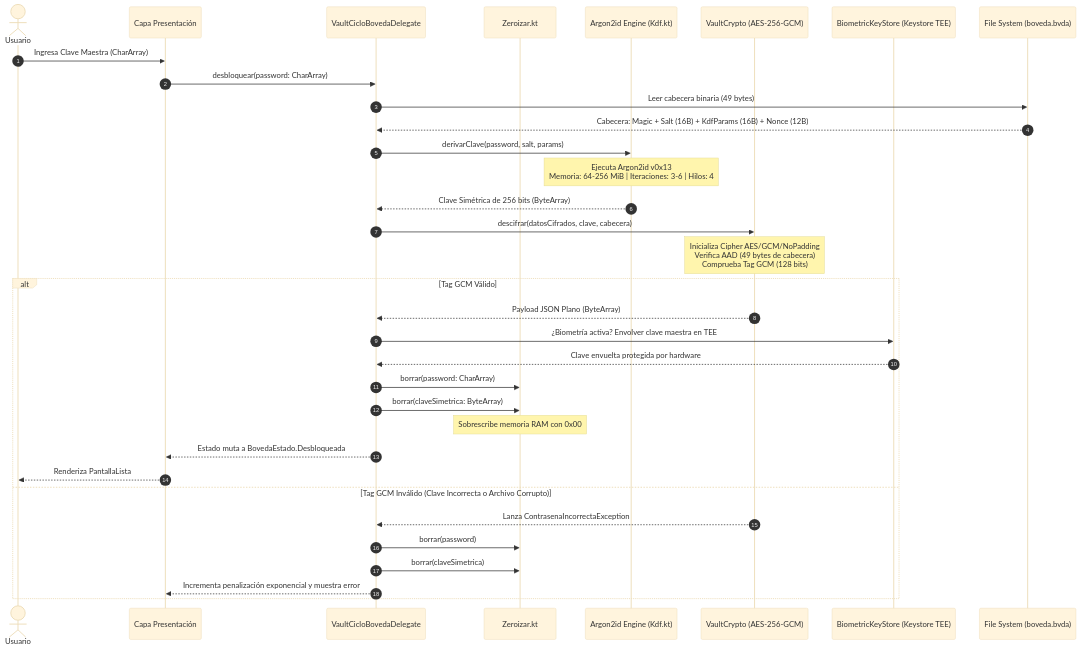
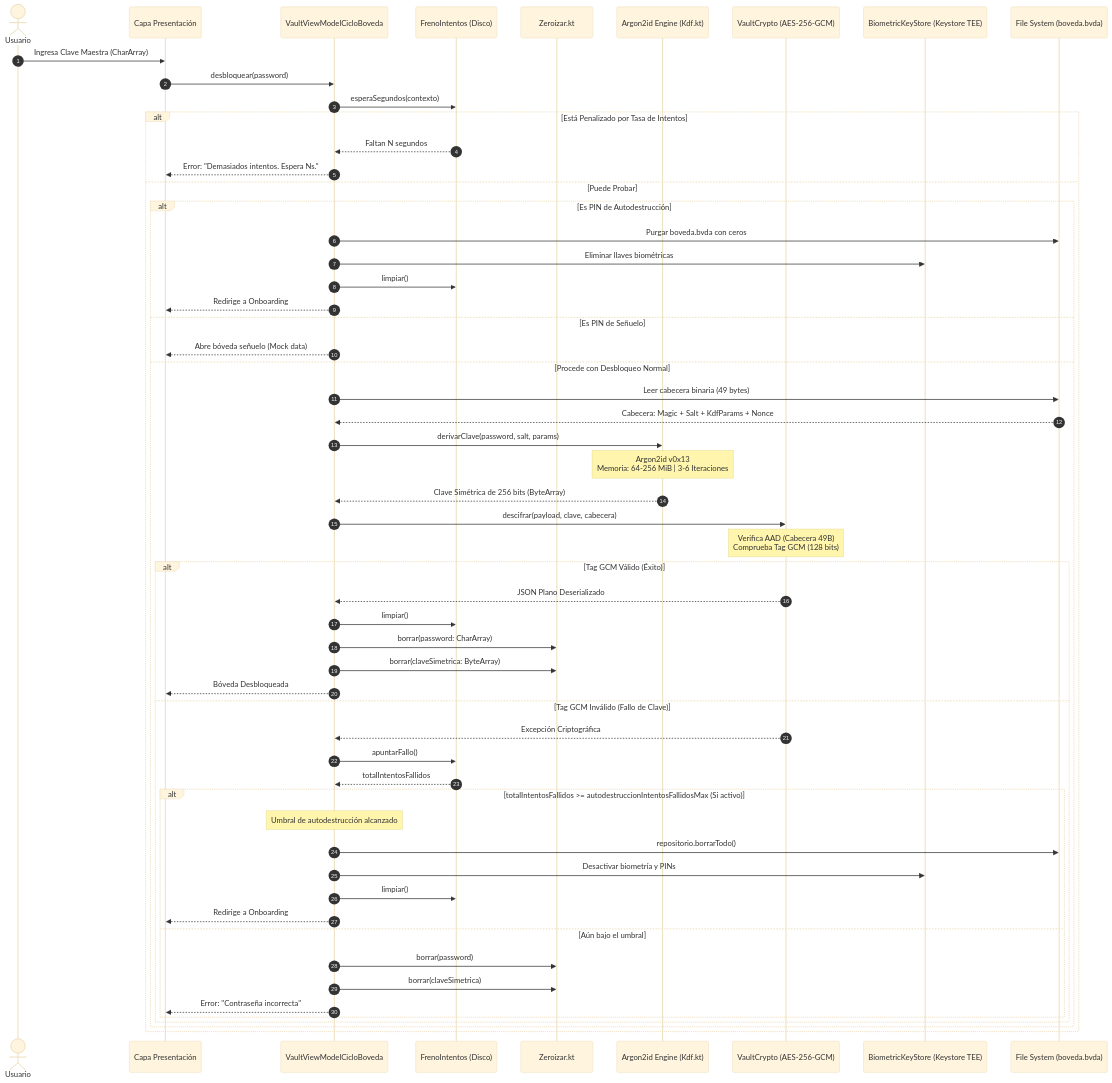
One commit to jlnavas3/boveda changed the fourth of 6 diagrams in ARQUITECTURA.md. Above: the diagram before and after it, drawn with Mermaid (base theme). The commit also changed other lines of this file and 50 other files, not shown here.

````diff
--- a/ARQUITECTURA.md
+++ b/ARQUITECTURA.md
@@ -167,40 +254,65 @@
 ```mermaid
 sequenceDiagram
     autonumber
     actor Usuario
     participant UI as Capa Presentación
-    participant VM as VaultCicloBovedaDelegate
+    participant VM as VaultViewModelCicloBoveda
+    participant Freno as FrenoIntentos (Disco)
     participant Zero as Zeroizar.kt
     participant KDF as Argon2id Engine (Kdf.kt)
     participant AES as VaultCrypto (AES-256-GCM)
     participant KS as BiometricKeyStore (Keystore TEE)
     participant FS as File System (boveda.bvda)
 
     Usuario->>UI: Ingresa Clave Maestra (CharArray)
-    UI->>VM: desbloquear(password: CharArray)
-    VM->>FS: Leer cabecera binaria (49 bytes)
-    FS-->>VM: Cabecera: Magic + Salt (16B) + KdfParams (16B) + Nonce (12B)
+    UI->>VM: desbloquear(password)
     
-    VM->>KDF: derivarClave(password, salt, params)
-    Note over KDF: Ejecuta Argon2id v0x13<br/>Memoria: 64-256 MiB | Iteraciones: 3-6 | Hilos: 4
-    KDF-->>VM: Clave Simétrica de 256 bits (ByteArray)
-    
-    VM->>AES: descifrar(datosCifrados, clave, cabecera)
-    Note over AES: Inicializa Cipher AES/GCM/NoPadding<br/>Verifica AAD (49 bytes de cabecera)<br/>Comprueba Tag GCM (128 bits)
-    
-    alt Tag GCM Válido
-        AES-->>VM: Payload JSON Plano (ByteArray)
-        VM->>KS: ¿Biometría activa? Envolver clave maestra en TEE
-        KS-->>VM: Clave envuelta protegida por hardware
-        VM->>Zero: borrar(password: CharArray)
-        VM->>Zero: borrar(claveSimetrica: ByteArray)
-        Note over Zero: Sobrescribe memoria RAM con 0x00
-        VM-->>UI: Estado muta a BovedaEstado.Desbloqueada
-        UI-->>Usuario: Renderiza PantallaLista
-    else Tag GCM Inválido (Clave Incorrecta o Archivo Corrupto)
-        AES-->>VM: Lanza ContrasenaIncorrectaException
-        VM->>Zero: borrar(password)
-        VM->>Zero: borrar(claveSimetrica)
-        VM-->>UI: Incrementa penalización exponencial y muestra error
+    VM->>Freno: esperaSegundos(contexto)
+    alt Está Penalizado por Tasa de Intentos
+        Freno-->>VM: Faltan N segundos
+        VM-->>UI: Error: "Demasiados intentos. Espera Ns."
+    else Puede Probar
+        alt Es PIN de Autodestrucción
+            VM->>FS: Purgar boveda.bvda con ceros
+            VM->>KS: Eliminar llaves biométricas
+            VM->>Freno: limpiar()
+            VM-->>UI: Redirige a Onboarding
+        else Es PIN de Señuelo
+            VM-->>UI: Abre bóveda señuelo (Mock data)
+        else Procede con Desbloqueo Normal
+            VM->>FS: Leer cabecera binaria (49 bytes)
+            FS-->>VM: Cabecera: Magic + Salt + KdfParams + Nonce
+            
+            VM->>KDF: derivarClave(password, salt, params)
+            Note over KDF: Argon2id v0x13<br/>Memoria: 64-256 MiB | 3-6 Iteraciones
+            KDF-->>VM: Clave Simétrica de 256 bits (ByteArray)
+            
+            VM->>AES: descifrar(payload, clave, cabecera)
+            Note over AES: Verifica AAD (Cabecera 49B)<br/>Comprueba Tag GCM (128 bits)
+            
+            alt Tag GCM Válido (Éxito)
+                AES-->>VM: JSON Plano Deserializado
+                VM->>Freno: limpiar()
+                VM->>Zero: borrar(password: CharArray)
+                VM->>Zero: borrar(claveSimetrica: ByteArray)
+                VM-->>UI: Bóveda Desbloqueada
+            else Tag GCM Inválido (Fallo de Clave)
+                AES-->>VM: Excepción Criptográfica
+                VM->>Freno: apuntarFallo()
+                Freno-->>VM: totalIntentosFallidos
+                
+                alt totalIntentosFallidos >= autodestruccionIntentosFallidosMax (Si activo)
+                    Note over VM: Umbral de autodestrucción alcanzado
+                    VM->>FS: repositorio.borrarTodo()
+                    VM->>KS: Desactivar biometría y PINs
+                    VM->>Freno: limpiar()
+                    VM-->>UI: Redirige a Onboarding
+                else Aún bajo el umbral
+                    VM->>Zero: borrar(password)
+                    VM->>Zero: borrar(claveSimetrica)
+                    VM-->>UI: Error: "Contraseña incorrecta"
+                end
+            end
+        end
     end
 ```
````
